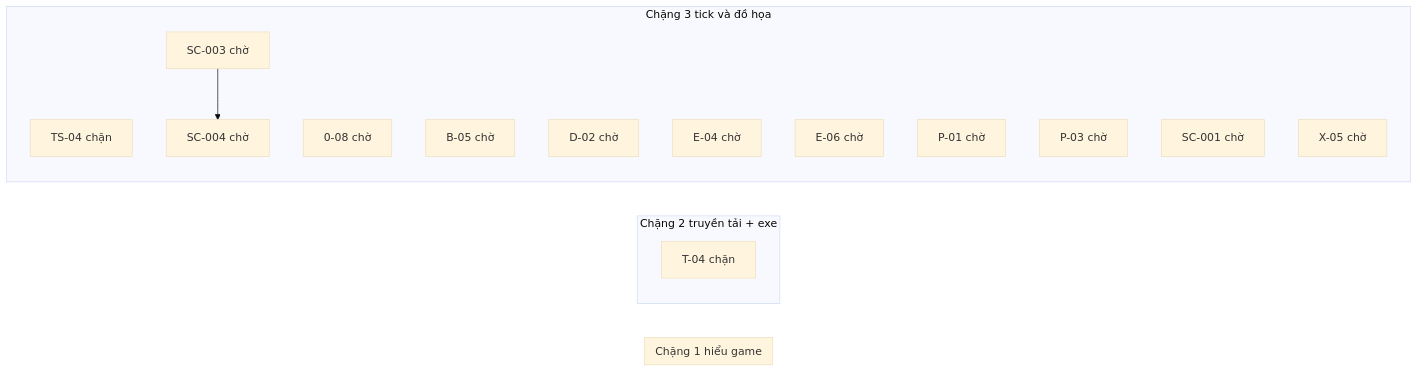
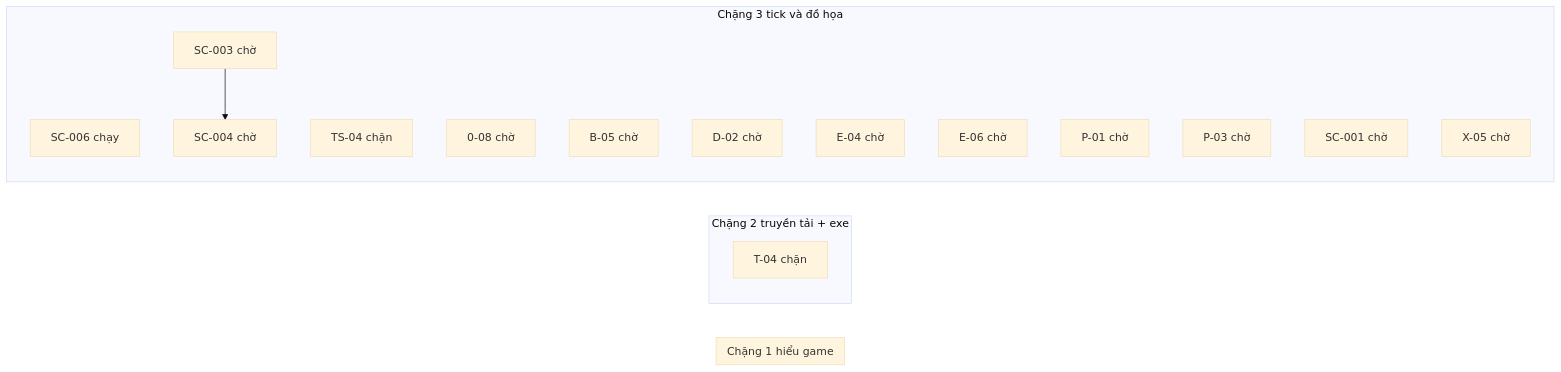
Before and after one commit to ndtangoss-dev/jx1-reports: the diagram in JX1_OPS/STATE/TIEN-DO.md, drawn with Mermaid (base theme). The commit also changed other lines of this file and 4 other files, not shown here.

````diff
--- a/JX1_OPS/STATE/TIEN-DO.md
+++ b/JX1_OPS/STATE/TIEN-DO.md
@@ -9,23 +9,24 @@
 ```mermaid
 flowchart LR
   subgraph S1["Chặng 1 hiểu game"]
   end
   subgraph S2["Chặng 2 truyền tải + exe"]
     T_04["T-04 chặn"]
   end
   subgraph S3["Chặng 3 tick và đồ họa"]
+    SC_006["SC-006 chạy"]
     TS_04["TS-04 chặn"]
     0_08["0-08 chờ"]
     B_05["B-05 chờ"]
     D_02["D-02 chờ"]
     E_04["E-04 chờ"]
     E_06["E-06 chờ"]
     P_01["P-01 chờ"]
     P_03["P-03 chờ"]
     SC_001["SC-001 chờ"]
     SC_003["SC-003 chờ"]
     SC_004["SC-004 chờ"]
     X_05["X-05 chờ"]
   end
   SC_003 --> SC_004
 ```
````
